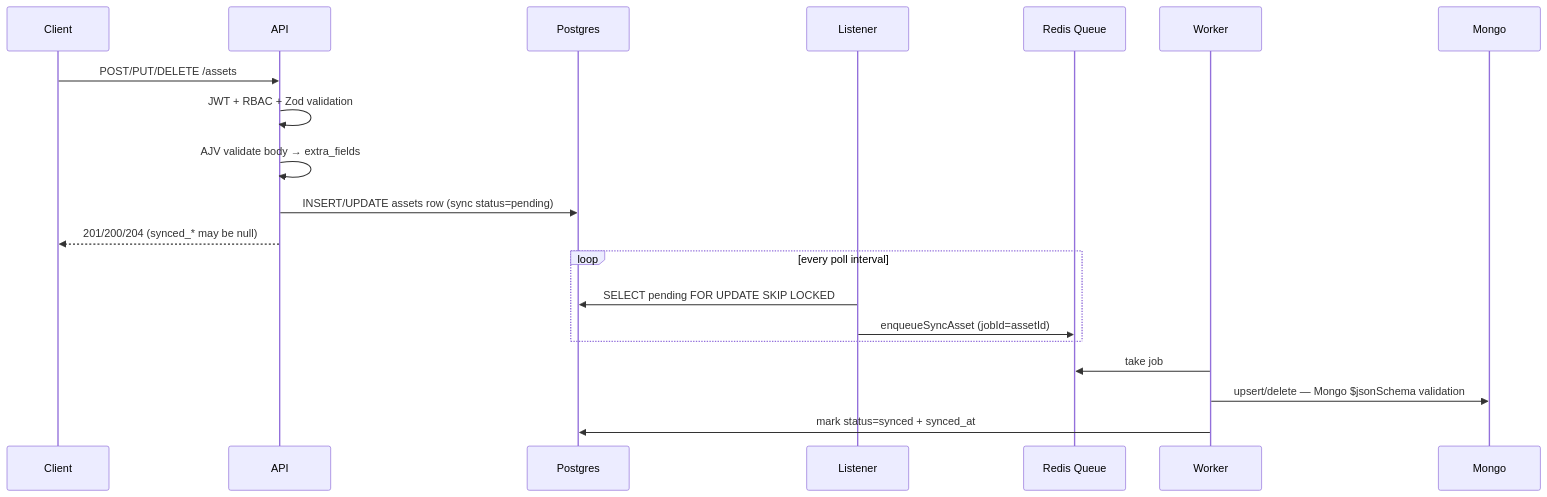
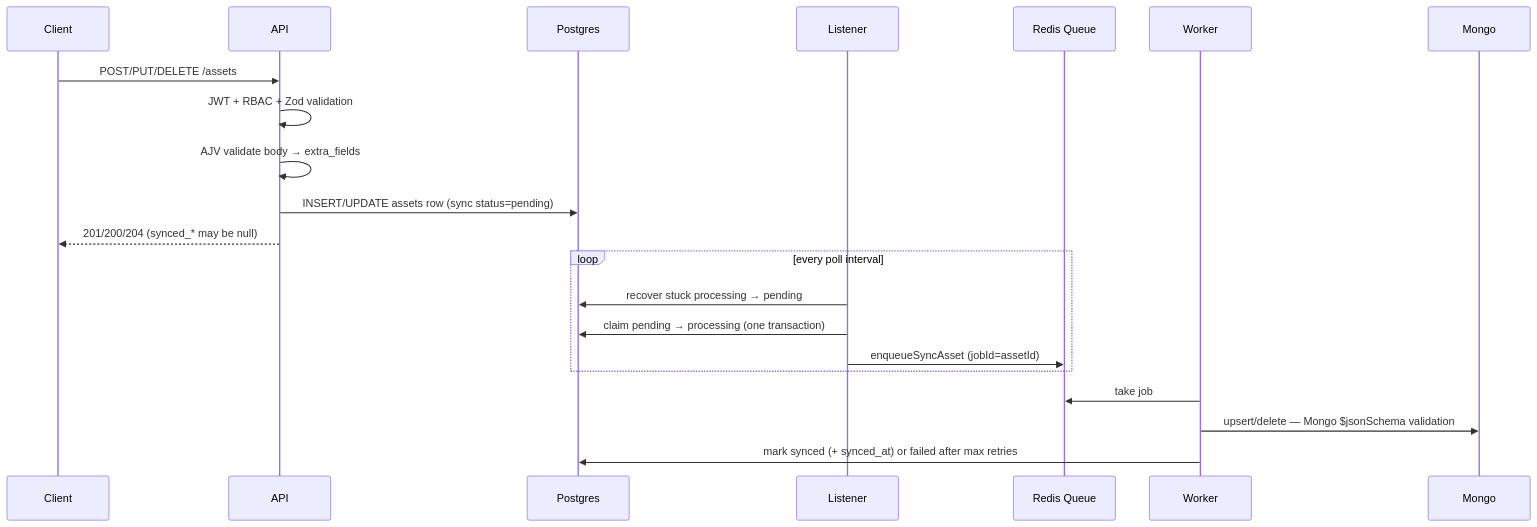
The third of 7 diagrams in ARCHITECTURE.md (msroot/voda_ai_homework), drawn with Mermaid before and after one commit. The commit also changed other lines of this file and 6 other files, not shown here.

````diff
--- a/ARCHITECTURE.md
+++ b/ARCHITECTURE.md
@@ -145,25 +145,26 @@
 ```mermaid
 sequenceDiagram
   participant C as Client
   participant API as API
   participant PG as Postgres
   participant L as Listener
   participant Q as Redis Queue
   participant W as Worker
   participant MG as Mongo
 
   C->>API: POST/PUT/DELETE /assets
   API->>API: JWT + RBAC + Zod validation
   API->>API: AJV validate body → extra_fields
   API->>PG: INSERT/UPDATE assets row (sync status=pending)
   API-->>C: 201/200/204 (synced_* may be null)
 
   loop every poll interval
-    L->>PG: SELECT pending FOR UPDATE SKIP LOCKED
+    L->>PG: recover stuck processing → pending
+    L->>PG: claim pending → processing (one transaction)
     L->>Q: enqueueSyncAsset (jobId=assetId)
   end
 
   W->>Q: take job
   W->>MG: upsert/delete — Mongo $jsonSchema validation
-  W->>PG: mark status=synced + synced_at
+  W->>PG: mark synced (+ synced_at) or failed after max retries
 ```
````
